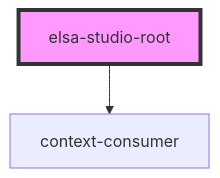
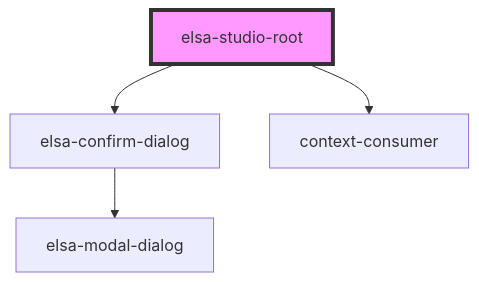
The diagram in src/designer/elsa-workflows-studio/src/components/dashboard/pages/elsa-studio-root/readme.md (elsa-workflows/elsa-core), drawn with Mermaid before and after one commit. The commit also changed other lines of this file and 11 other files, not shown here.

Commit message:
Add shared confirm-dialog-service

````diff
--- a/src/designer/elsa-workflows-studio/src/components/dashboard/pages/elsa-studio-root/readme.md
+++ b/src/designer/elsa-workflows-studio/src/components/dashboard/pages/elsa-studio-root/readme.md
@@ -44,5 +45,7 @@
 ```mermaid
 graph TD;
+  elsa-studio-root --> elsa-confirm-dialog
   elsa-studio-root --> context-consumer
+  elsa-confirm-dialog --> elsa-modal-dialog
   style elsa-studio-root fill:#f9f,stroke:#333,stroke-width:4px
 ```
````
